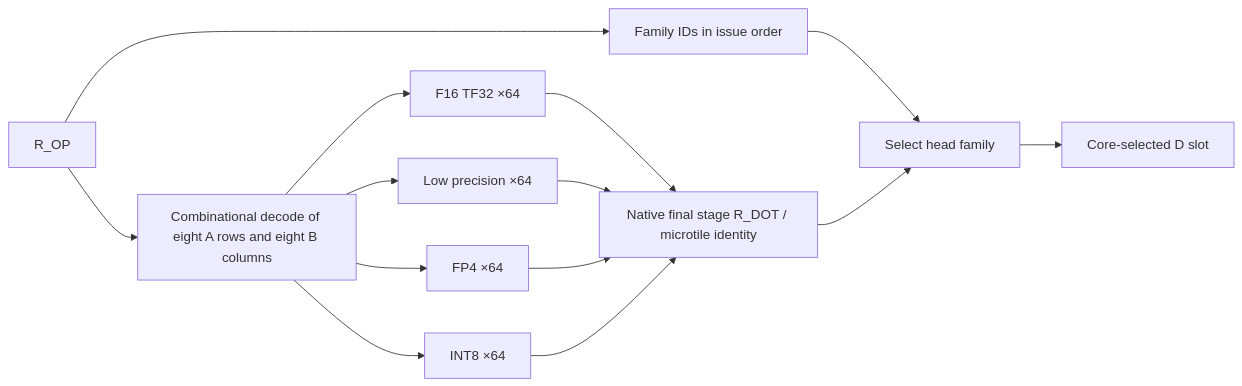
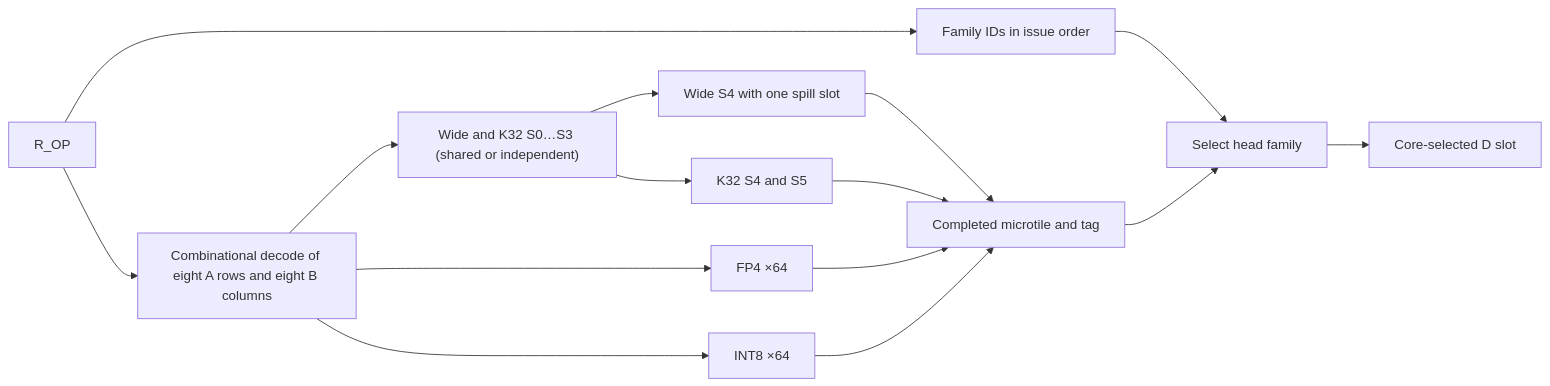
Before and after one commit to yuhin777/Allegro: the diagram in doc/rtl_specs/tensor_core/blackwell_tc_dot_array.md, drawn with Mermaid. The commit also changed other lines of this file and 7 other files, not shown here.

````diff
--- a/doc/rtl_specs/tensor_core/blackwell_tc_dot_array.md
+++ b/doc/rtl_specs/tensor_core/blackwell_tc_dot_array.md
@@ -16,12 +16,13 @@
 ```mermaid
 flowchart LR
     OP[R_OP] --> AD["Combinational decode of eight A rows and eight B columns"]
-    AD --> F[F16 TF32 ×64]
-    AD --> L["Low precision ×64"]
+    AD --> FP["Wide and K32 S0…S3 (shared or independent)"]
+    FP --> W["Wide S4 with one spill slot"]
+    FP --> K["K32 S4 and S5"]
     AD --> M[FP4 ×64]
     AD --> I[INT8 ×64]
-    F & L & M & I --> D["Native final stage R_DOT / microtile identity"]
+    W & K & M & I --> D["Completed microtile and tag"]
     OP --> Q["Family IDs in issue order"]
     Q --> SEL["Select head family"]
     D --> SEL --> SLOT["Core-selected D slot"]
 ```
````
